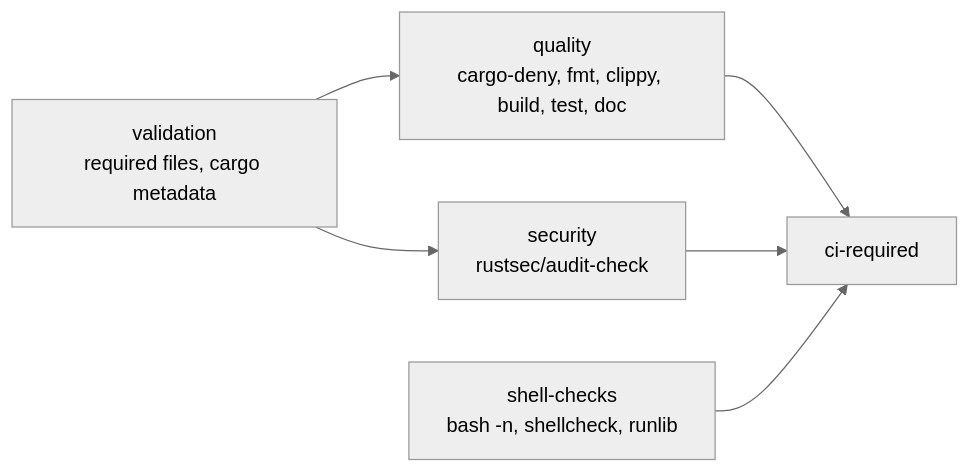
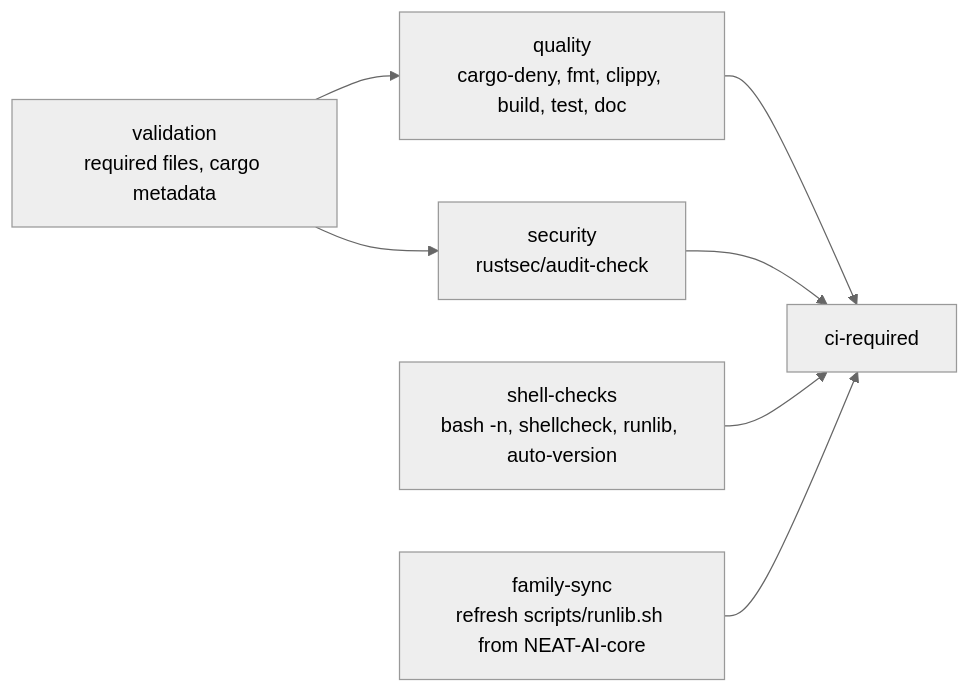
Before and after one commit to stSoftwareAU/NEAT-AI-Refinery: the eighth of 9 diagrams in README.md, drawn with Mermaid (neutral theme). The commit also changed other lines of this file and 12 other files, not shown here.

First line of the commit message:
Version-increment gate plus the canonical NEAT-AI-core runlib.sh with a family-sync CI job (Issue #53) (#56)

````diff
--- a/README.md
+++ b/README.md
@@ -735,9 +762,11 @@
 ```mermaid
 flowchart LR
     V[validation<br/>required files, cargo metadata] --> Q[quality<br/>cargo-deny, fmt, clippy, build, test, doc]
     V --> S[security<br/>rustsec/audit-check]
-    SH[shell-checks<br/>bash -n, shellcheck, runlib]
+    SH[shell-checks<br/>bash -n, shellcheck, runlib, auto-version]
+    FS[family-sync<br/>refresh scripts/runlib.sh from NEAT-AI-core]
     Q --> R[ci-required]
     S --> R
     SH --> R
+    FS --> R
 ```
````
